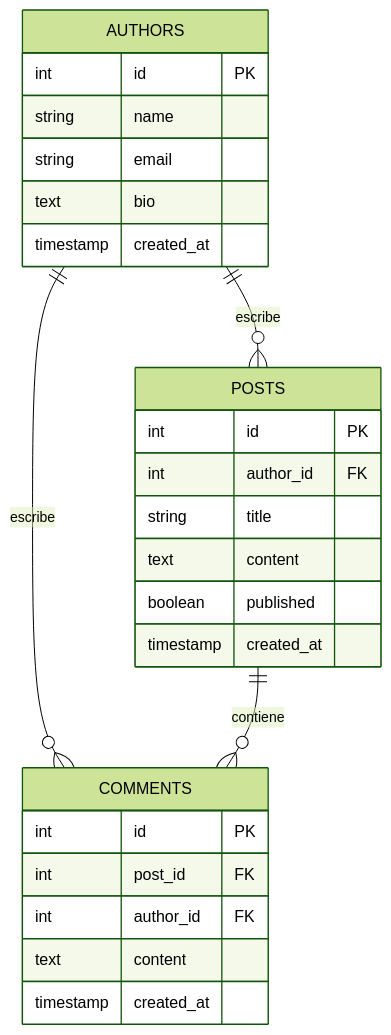
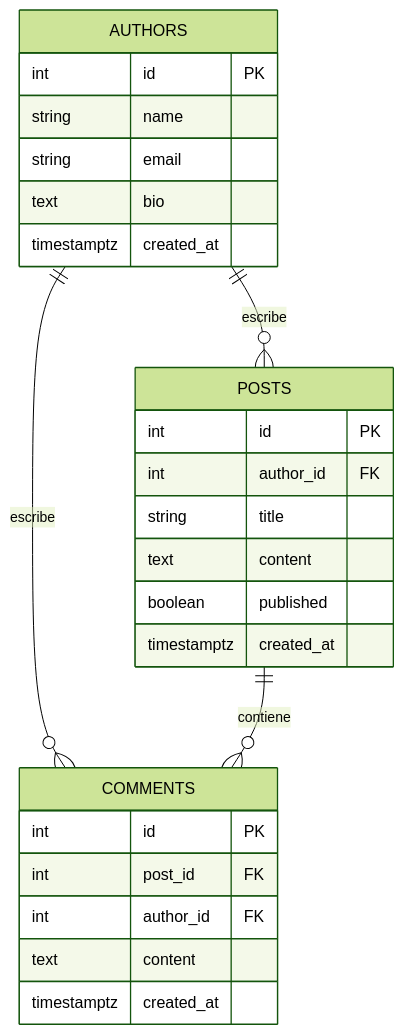
One commit to caceresdiegoleonel1986/ProyectoM2_CaceresDiego changed the diagram in README.md. Above: the diagram before and after it, drawn with Mermaid (forest theme).

Commit message:
"README(Desarrollo):Se arregla diagrama de relaciones"

````diff
--- a/README.md
+++ b/README.md
@@ -60,31 +60,31 @@
 ```mermaid
 erDiagram
     AUTHORS ||--o{ POSTS : escribe
     AUTHORS ||--o{ COMMENTS : escribe
     POSTS ||--o{ COMMENTS : contiene
 
     AUTHORS {
       int id PK
       string name
       string email
       text bio
-      timestamp created_at
+      timestamptz created_at
     }
 
     POSTS {
       int id PK
       int author_id FK
       string title
       text content
       boolean published
-      timestamp created_at
+      timestamptz created_at
     }
 
     COMMENTS {
       int id PK
       int post_id FK
       int author_id FK
       text content
-      timestamp created_at
+      timestamptz created_at
     }
 ```
````
